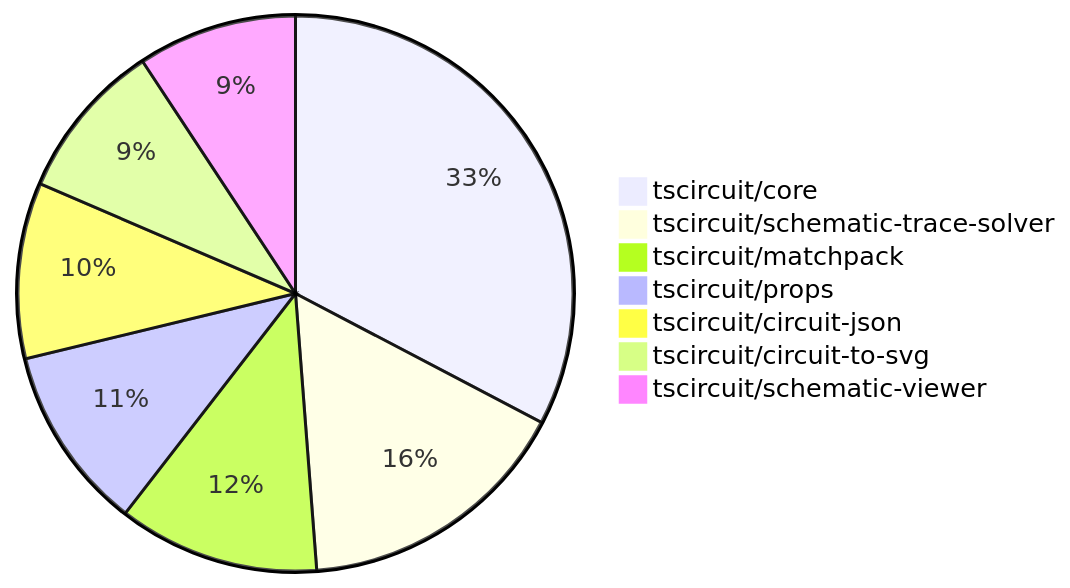
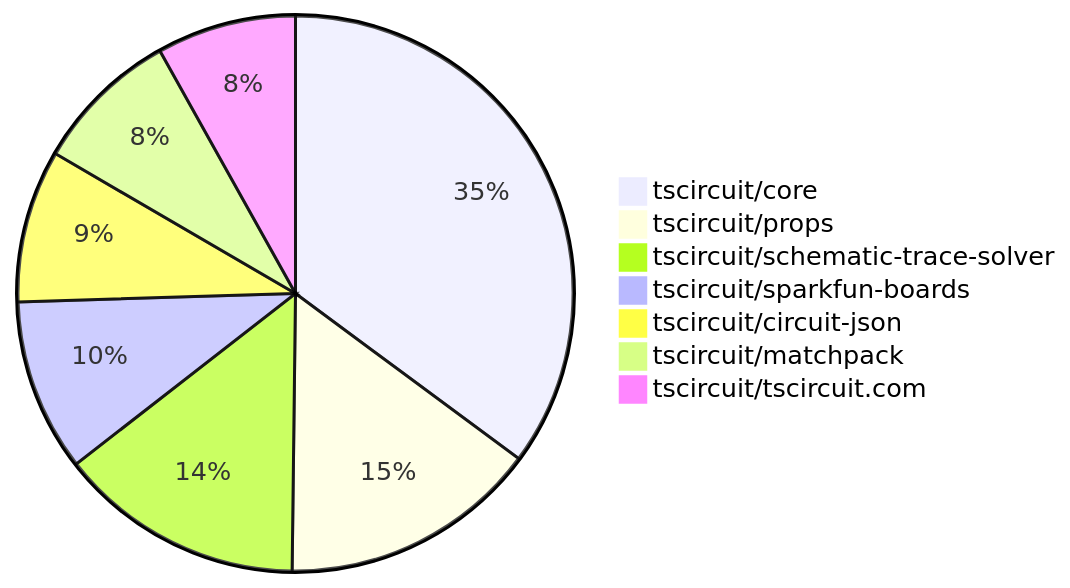
One commit to tscircuit/contribution-tracker changed the second of 2 diagrams in README.md. Above: the diagram before and after it, drawn with Mermaid. The commit also changed other lines of this file and 3 other files, not shown here.

````diff
--- a/README.md
+++ b/README.md
@@ -117,10 +122,10 @@
 ```mermaid
 pie
-    "tscircuit/core" : 67
-    "tscircuit/schematic-trace-solver" : 33
-    "tscircuit/matchpack" : 24
-    "tscircuit/props" : 22
-    "tscircuit/circuit-json" : 21
-    "tscircuit/circuit-to-svg" : 19
-    "tscircuit/schematic-viewer" : 19
+    "tscircuit/core" : 91
+    "tscircuit/props" : 39
+    "tscircuit/schematic-trace-solver" : 37
+    "tscircuit/sparkfun-boards" : 26
+    "tscircuit/circuit-json" : 23
+    "tscircuit/matchpack" : 22
+    "tscircuit/tscircuit.com" : 21
 ```
````
